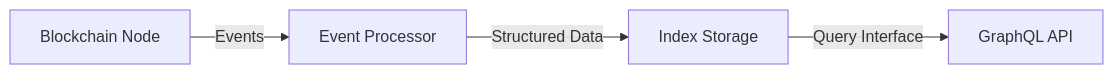
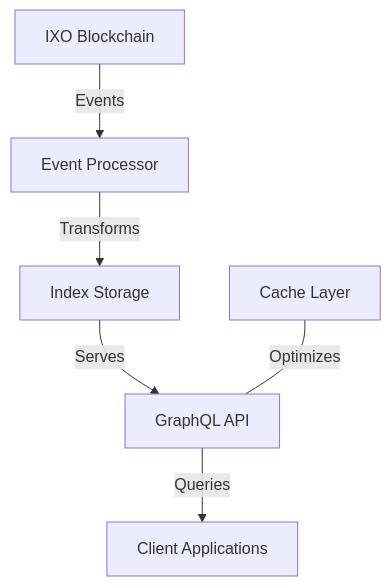
The diagram in articles/ixo-blocksync.mdx (ixoworld/docs), drawn with Mermaid before and after one commit. The commit also changed other lines of this file and 109 other files, not shown here.

````diff
--- a/articles/ixo-blocksync.mdx
+++ b/articles/ixo-blocksync.mdx
@@ -22,6 +34,8 @@
     ```mermaid
-    flowchart LR
-      A[Blockchain Node] -->|Events| B[Event Processor]
-      B -->|Structured Data| C[Index Storage]
-      C -->|Query Interface| D[GraphQL API]
+    flowchart TB
+      A[IXO Blockchain] -->|Events| B[Event Processor]
+      B -->|Transforms| C[Index Storage]
+      C -->|Serves| D[GraphQL API]
+      D -->|Queries| E[Client Applications]
+      F[Cache Layer] ---|Optimizes| D
     ```
````
